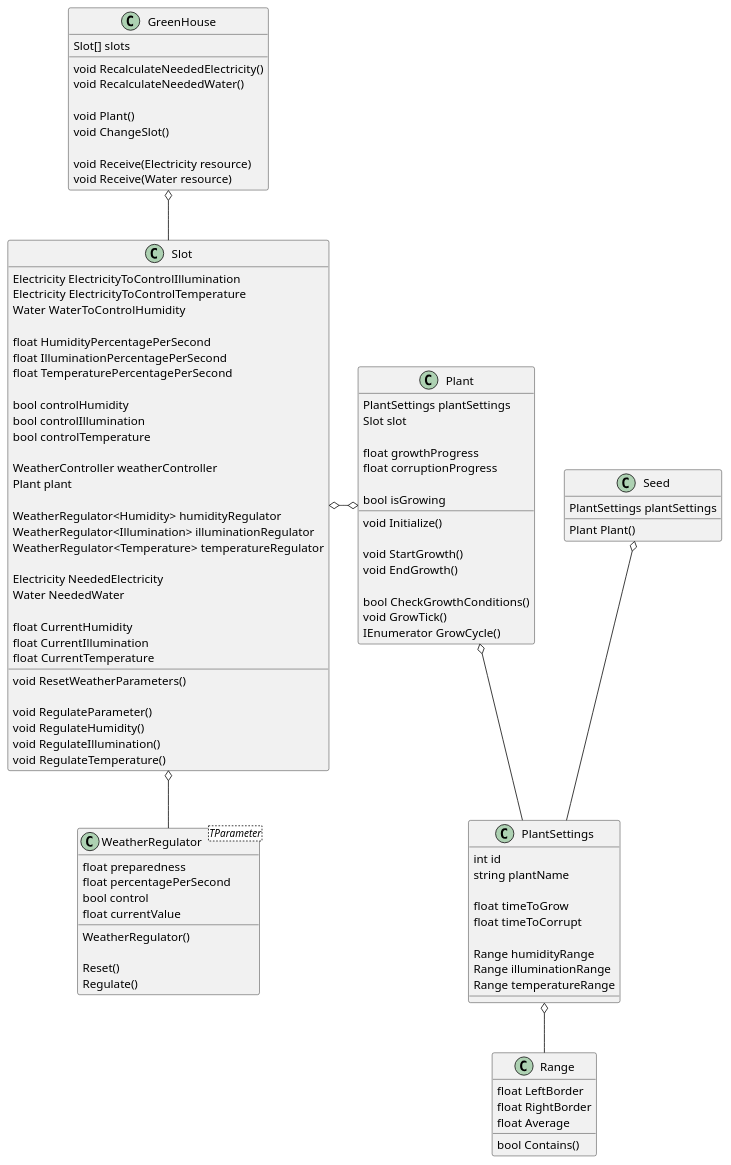
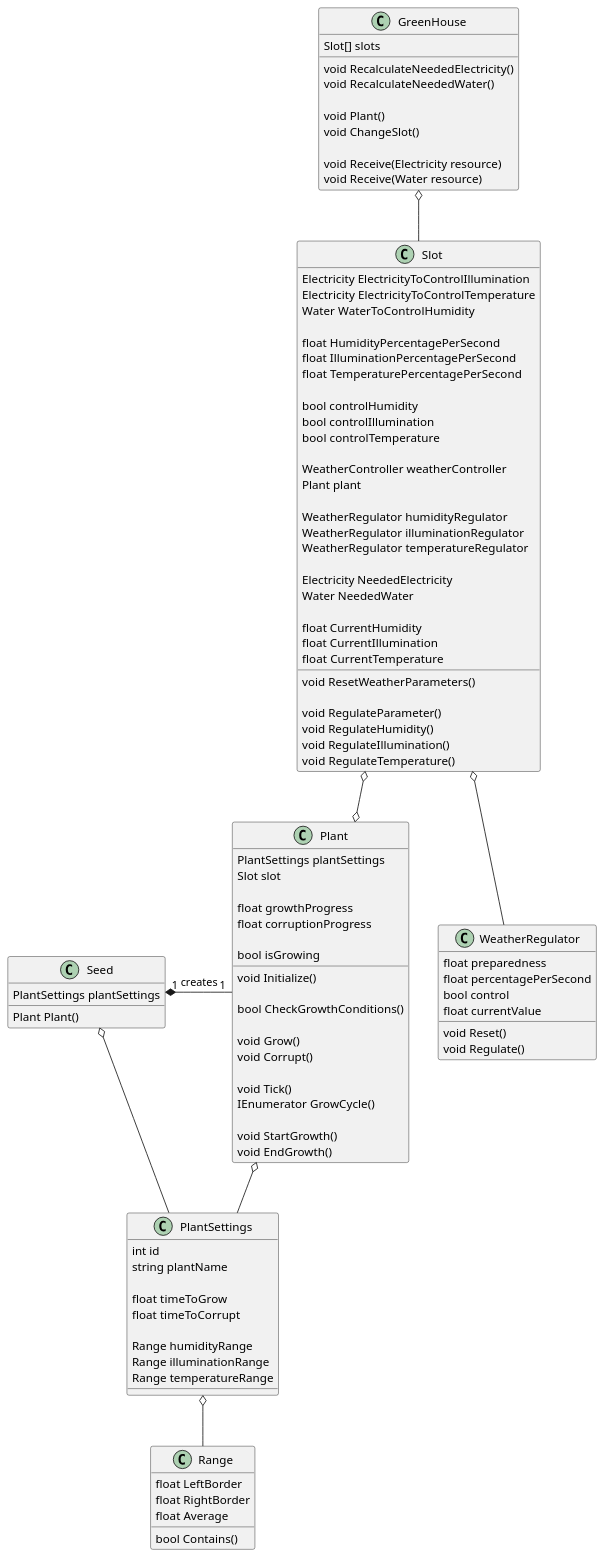
The diagram in Assets/Resources/Scripts/Plants/Diagramm.puml (unknownMusician/Biosearcher), drawn with PlantUML before and after one commit. The commit also changed 11 other files, not shown here.

```diff
--- a/Assets/Resources/Scripts/Plants/Diagramm.puml
+++ b/Assets/Resources/Scripts/Plants/Diagramm.puml
@@ -1,116 +1,119 @@
 @startuml
 
 class PlantSettings
 {
     int id
     string plantName
     
     float timeToGrow
     float timeToCorrupt
     
     Range humidityRange
     Range illuminationRange
     Range temperatureRange
 }
 class Seed
 {
     PlantSettings plantSettings
     
     Plant Plant()
 }
 class Plant
 {
     PlantSettings plantSettings
     Slot slot
     
     float growthProgress
     float corruptionProgress
     
     bool isGrowing
     
     void Initialize()
     
+    bool CheckGrowthConditions()
+    
+    void Grow()
+    void Corrupt()
+    
+    void Tick()
+    IEnumerator GrowCycle()
+
     void StartGrowth()
     void EndGrowth()
-    
-    bool CheckGrowthConditions()
-    void GrowTick()
-    IEnumerator GrowCycle()
 }
 class Range
 {
     float LeftBorder
     float RightBorder
     float Average
     
     bool Contains()
 }
 class Slot
 {   
     Electricity ElectricityToControlIllumination
     Electricity ElectricityToControlTemperature
     Water WaterToControlHumidity
     
     float HumidityPercentagePerSecond
     float IlluminationPercentagePerSecond
     float TemperaturePercentagePerSecond
     
     bool controlHumidity
     bool controlIllumination
     bool controlTemperature
 
     WeatherController weatherController
     Plant plant
     
-    WeatherRegulator<Humidity> humidityRegulator
-    WeatherRegulator<Illumination> illuminationRegulator
-    WeatherRegulator<Temperature> temperatureRegulator
+    WeatherRegulator humidityRegulator
+    WeatherRegulator illuminationRegulator
+    WeatherRegulator temperatureRegulator
     
     Electricity NeededElectricity
     Water NeededWater
     
     float CurrentHumidity
     float CurrentIllumination
     float CurrentTemperature
     
     void ResetWeatherParameters()
     
     void RegulateParameter()
     void RegulateHumidity()
     void RegulateIllumination()
     void RegulateTemperature()
 }
 class GreenHouse
 {
     Slot[] slots
     
     void RecalculateNeededElectricity()
     void RecalculateNeededWater()
     
     void Plant()
     void ChangeSlot()
     
     void Receive(Electricity resource)
     void Receive(Water resource)
 }
-class WeatherRegulator<TParameter>
+class WeatherRegulator
 {
     float preparedness
     float percentagePerSecond
     bool control
     float currentValue
-    
-    WeatherRegulator()
-    
-    Reset()
-    Regulate()
+        
+    void Reset()
+    void Regulate()
 }
 
+Seed "1" *- "1" Plant : creates
 Seed o-- PlantSettings
 Plant o-- PlantSettings
 PlantSettings o-- Range
-Slot o-o Plant
+Slot o--o Plant
 GreenHouse o-- Slot
 Slot o-- WeatherRegulator
 
 @enduml
```
